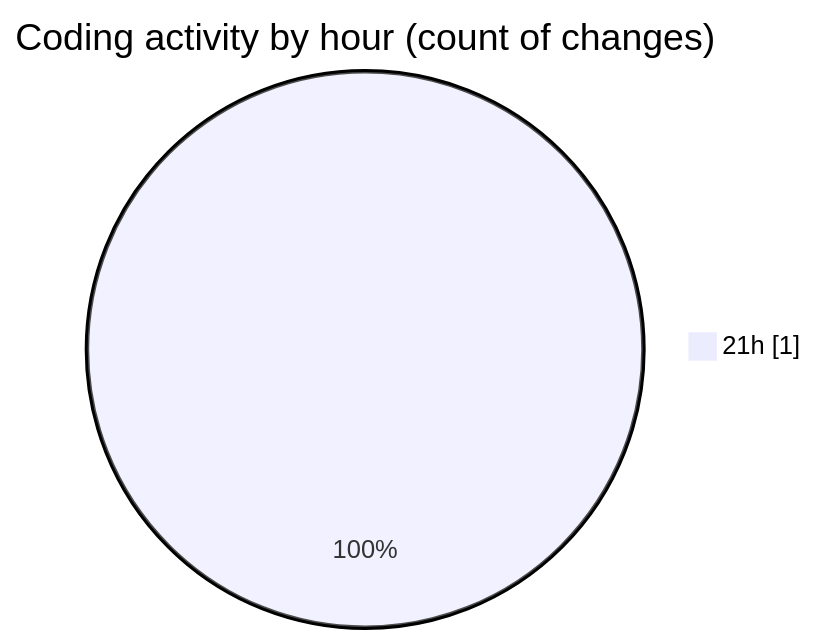
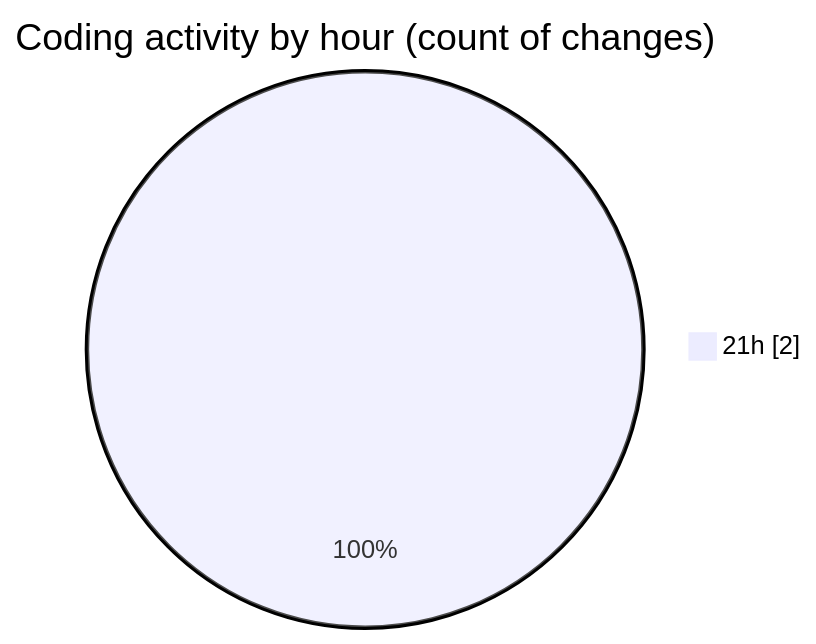
The second of 2 diagrams in 2025-01-21/myws__workspace_/README.md (MatusMokan/code-tracking), drawn with Mermaid before and after one commit. The commit also changed other lines of this file and 1 other file, not shown here.

````diff
--- a/2025-01-21/myws__workspace_/README.md
+++ b/2025-01-21/myws__workspace_/README.md
@@ -28,5 +29,5 @@
 ```mermaid
 pie showData
 title Coding activity by hour (count of changes)
-"21h" : 1
+"21h" : 2
 ```
````
